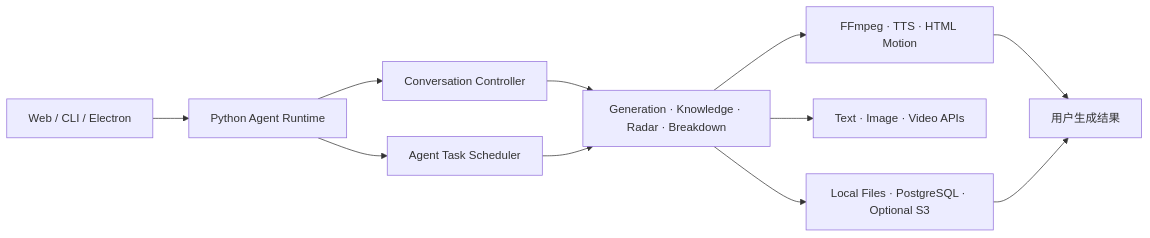
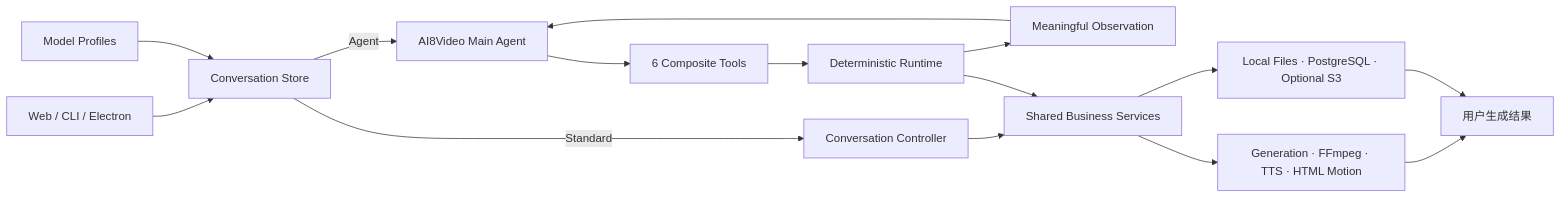
Before and after one commit to 17AI8/AI8Video: the second of 2 diagrams in README.md, drawn with Mermaid. The commit also changed other lines of this file and 55 other files, not shown here.

First line of the commit message:
升级 Main Agent 运行时与双模式对话

````diff
--- a/README.md
+++ b/README.md
@@ -434,13 +442,17 @@
 ```mermaid
 flowchart LR
-    Interfaces["Web / CLI / Electron"] --> Runtime["Python Agent Runtime"]
-    Runtime --> Conversation["Conversation Controller"]
-    Runtime --> Scheduler["Agent Task Scheduler"]
-    Conversation --> Domains["Generation · Knowledge · Radar · Breakdown"]
-    Scheduler --> Domains
-    Domains --> Media["FFmpeg · TTS · HTML Motion"]
-    Domains --> Models["Text · Image · Video APIs"]
+    Interfaces["Web / CLI / Electron"] --> Store["Conversation Store"]
+    Profiles["Model Profiles"] --> Store
+    Store -->|Standard| Workflow["Conversation Controller"]
+    Store -->|Agent| Main["AI8Video Main Agent"]
+    Main --> Tools["6 Composite Tools"]
+    Tools --> Runtime["Deterministic Runtime"]
+    Runtime --> Observation["Meaningful Observation"]
+    Observation --> Main
+    Workflow --> Domains["Shared Business Services"]
+    Runtime --> Domains
+    Domains --> Media["Generation · FFmpeg · TTS · HTML Motion"]
     Domains --> Storage["Local Files · PostgreSQL · Optional S3"]
     Media --> Results["用户生成结果"]
     Storage --> Results
 ```
````
